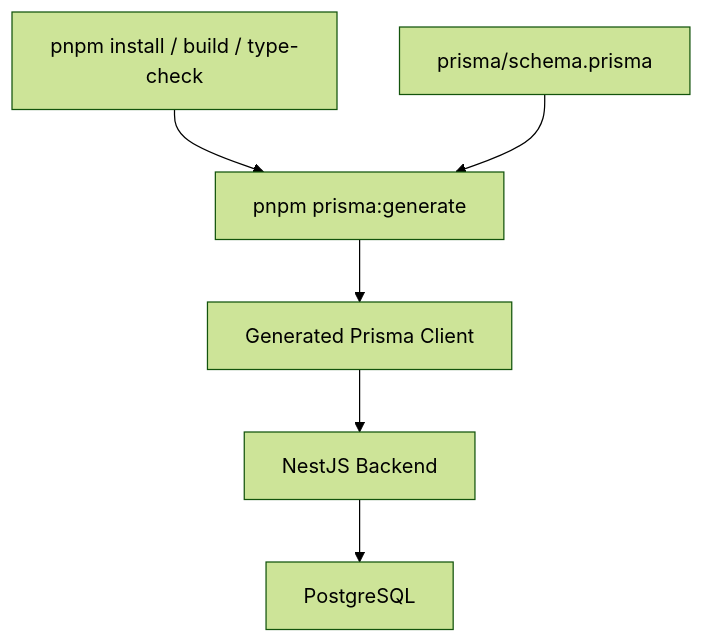
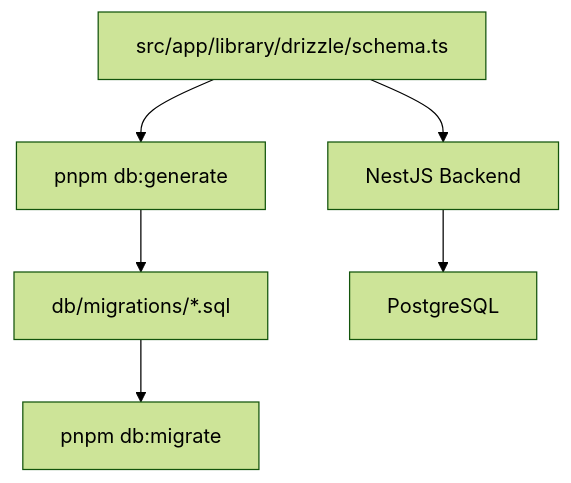
The diagram in docs/database.md (Lazy-Hand/casbin-admin-turbo), drawn with Mermaid (forest theme) before and after one commit. The commit also changed other lines of this file and 120 other files, not shown here.

Commit message:
refactor: migrate user service from Prisma to Drizzle ORM, update pagination handling and remove unused base repository

````diff
--- a/docs/database.md
+++ b/docs/database.md
@@ -5,15 +5,15 @@
 ```mermaid
 flowchart TD
-    SCHEMA["prisma/schema.prisma"]
-    CMD["pnpm install / build / type-check"]
-    GENERATE["pnpm prisma:generate"]
-    CLIENT["Generated Prisma Client"]
+    SCHEMA["src/app/library/drizzle/schema.ts"]
+    GENERATE["pnpm db:generate"]
+    MIGRATE["pnpm db:migrate"]
+    SQL["db/migrations/*.sql"]
     BACKEND["NestJS Backend"]
     DB["PostgreSQL"]
 
-    CMD --> GENERATE
     SCHEMA --> GENERATE
-    GENERATE --> CLIENT
-    CLIENT --> BACKEND
+    GENERATE --> SQL
+    SQL --> MIGRATE
+    SCHEMA --> BACKEND
     BACKEND --> DB
 ```
````
